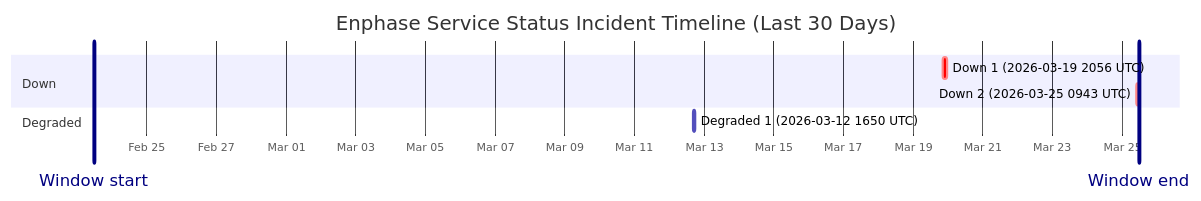
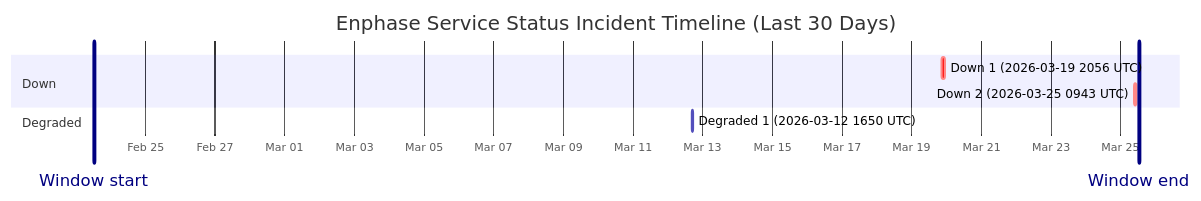
The diagram in wiki/Service-Status-History.md (barneyonline/ha-enphase-ev-charger), drawn with Mermaid before and after one commit. The commit also changed other lines of this file and 3 other files, not shown here.

````diff
--- a/wiki/Service-Status-History.md
+++ b/wiki/Service-Status-History.md
@@ -14,13 +14,13 @@
 ```mermaid
 gantt
     title Enphase Service Status Incident Timeline (Last 30 Days)
     dateFormat  YYYY-MM-DDTHH:mm:ss
     axisFormat  %b %d
-    Window start :vert, window-start, 2026-02-23T11:34:56, 0ms
-    Window end :vert, window-end, 2026-03-25T11:34:56, 0ms
+    Window start :vert, window-start, 2026-02-23T12:44:38, 0ms
+    Window end :vert, window-end, 2026-03-25T12:44:38, 0ms
     section Down
     Down 1 (2026-03-19 2056 UTC) :crit, down-1, 2026-03-19T20:56:20, 145m
     Down 2 (2026-03-25 0943 UTC) :crit, down-2, 2026-03-25T09:43:28, 111m
     section Degraded
     Degraded 1 (2026-03-12 1650 UTC) :active, degraded-1, 2026-03-12T16:50:43, 60m
 ```
````
